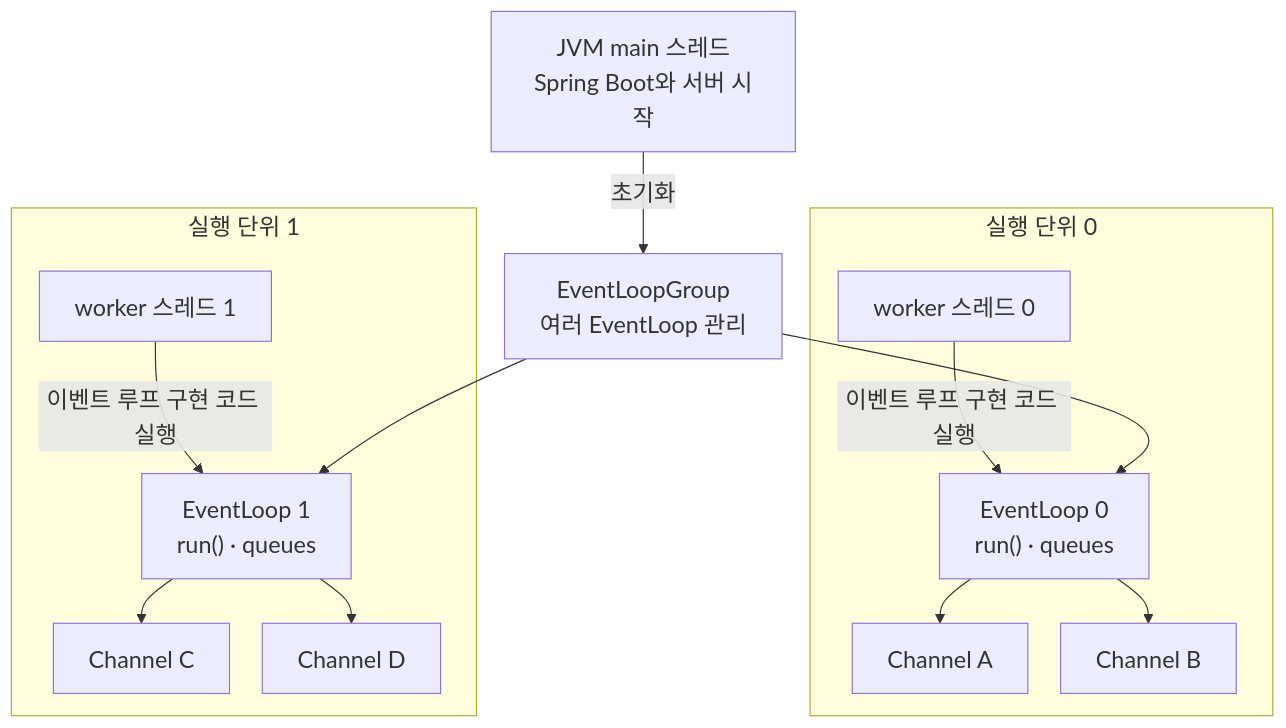
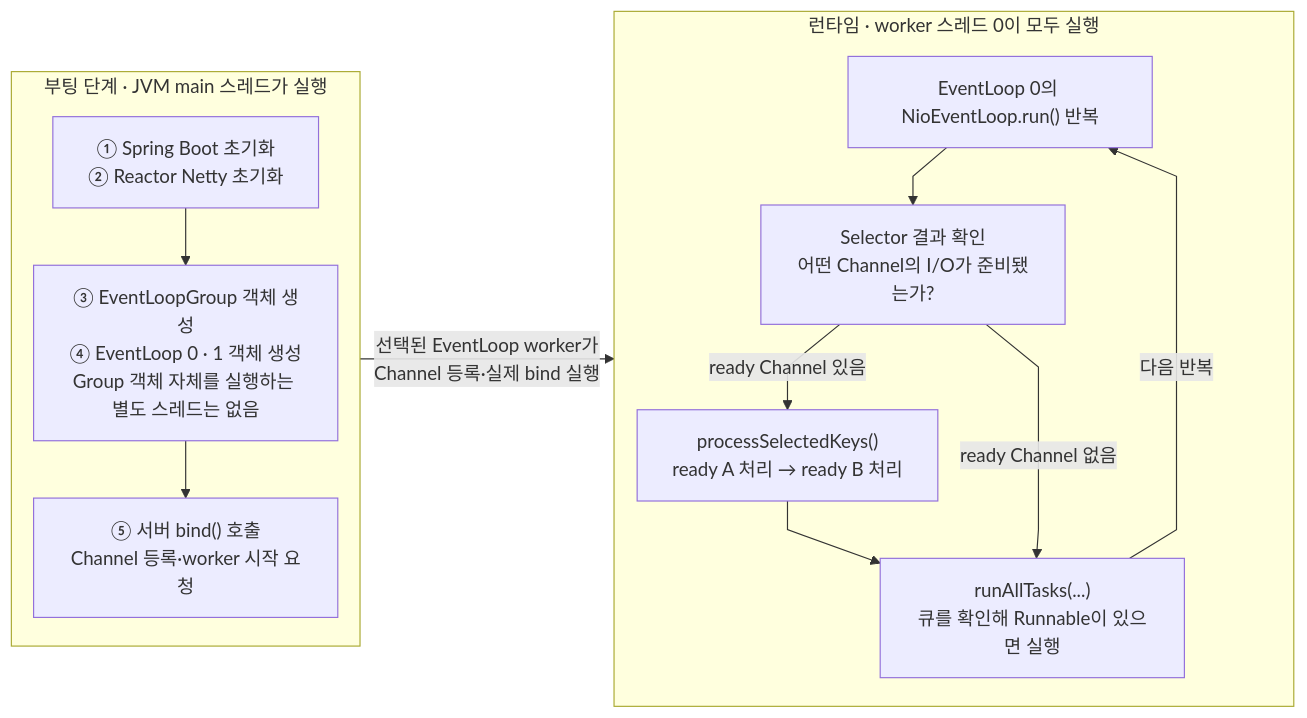
The first of 2 diagrams in docs/frontend-study/webflux-netty-event-loop.md (lee-gimoon/futures-paper-trading), drawn with Mermaid before and after one commit. The commit also changed other lines of this file, not shown here.

Commit message:
docs: clarify Netty startup and event loop flow

````diff
--- a/docs/frontend-study/webflux-netty-event-loop.md
+++ b/docs/frontend-study/webflux-netty-event-loop.md
@@ -31,26 +40,25 @@
 ```mermaid
-%%{init: {"themeVariables": {"fontSize": "20px"}, "flowchart": {"nodeSpacing": 28, "rankSpacing": 38, "subGraphTitleMargin": {"top": 0, "bottom": 20}}}}%%
-flowchart TB
-  MAIN["JVM main 스레드<br/>Spring Boot와 서버 시작"]
-  GROUP["EventLoopGroup<br/>여러 EventLoop 관리"]
-
-  subgraph P0["실행 단위 0"]
-    T0["worker 스레드 0"]
-    E0["EventLoop 0<br/>run() · queues"]
-    T0 -->|"이벤트 루프 구현 코드 실행"| E0
-    E0 --> A["Channel A"]
-    E0 --> B["Channel B"]
+%%{init: {"themeVariables": {"fontSize": "16px"}, "flowchart": {"nodeSpacing": 18, "rankSpacing": 24, "curve": "linear", "subGraphTitleMargin": {"top": 0, "bottom": 14}}}}%%
+flowchart LR
+  subgraph STARTUP["부팅 단계 · JVM main 스레드가 실행"]
+    direction TB
+    INIT["① Spring Boot 초기화<br/>② Reactor Netty 초기화"]
+    CREATE["③ EventLoopGroup 객체 생성<br/>④ EventLoop 0 · 1 객체 생성<br/>Group 객체 자체를 실행하는 별도 스레드는 없음"]
+    REQUEST["⑤ 서버 bind() 호출<br/>Channel 등록·worker 시작 요청"]
+    INIT --> CREATE --> REQUEST
   end
 
-  subgraph P1["실행 단위 1"]
-    T1["worker 스레드 1"]
-    E1["EventLoop 1<br/>run() · queues"]
-    T1 -->|"이벤트 루프 구현 코드 실행"| E1
-    E1 --> C["Channel C"]
-    E1 --> D["Channel D"]
+  subgraph RUNTIME["런타임 · worker 스레드 0이 모두 실행"]
+    direction TB
+    RUN["EventLoop 0의 NioEventLoop.run() 반복"]
+    READY["Selector 결과 확인<br/>어떤 Channel의 I/O가 준비됐는가?"]
+    CHANNEL["processSelectedKeys()<br/>ready A 처리 → ready B 처리"]
+    TASK["runAllTasks(...)<br/>큐를 확인해 Runnable이 있으면 실행"]
+    RUN --> READY
+    READY -->|"ready Channel 있음"| CHANNEL --> TASK
+    READY -->|"ready Channel 없음"| TASK
+    TASK -->|"다음 반복"| RUN
   end
 
-  MAIN -->|"초기화"| GROUP
-  GROUP --> E0
-  GROUP --> E1
+  STARTUP -->|"선택된 EventLoop worker가<br/>Channel 등록·실제 bind 실행"| RUNTIME
 ```
````
